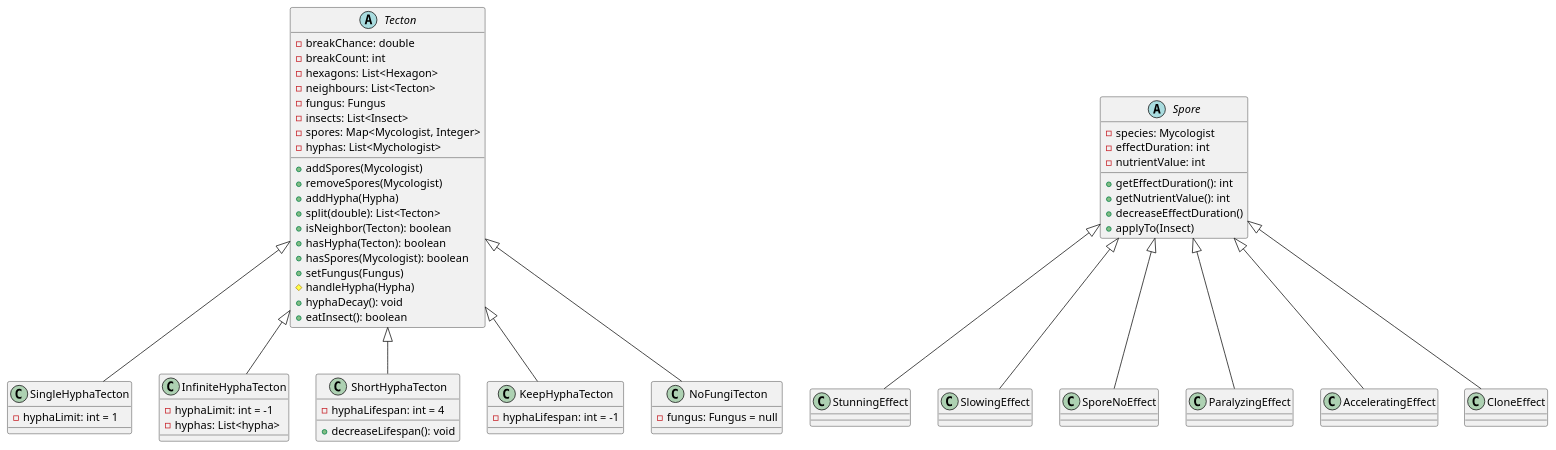
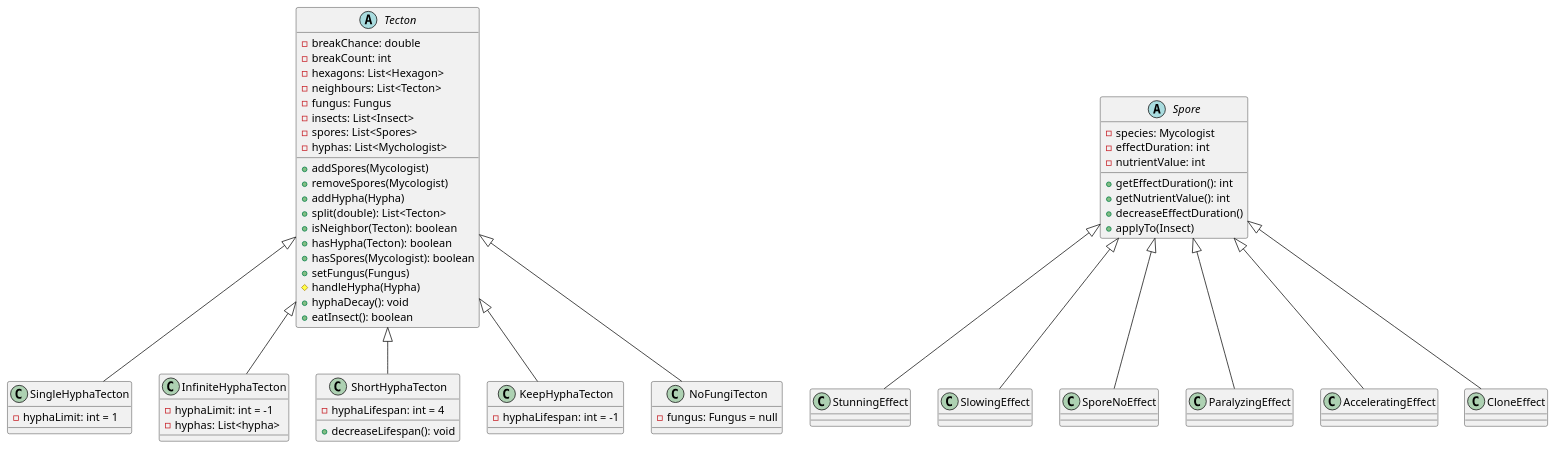
The diagram in docs/Class/derrived.puml (hujberhunor/SzomiSztegoProjlab), drawn with PlantUML before and after one commit. The commit also changed 3 other files, not shown here.

```diff
--- a/docs/Class/derrived.puml
+++ b/docs/Class/derrived.puml
@@ -1,61 +1,60 @@
 @startuml
 
 abstract class Tecton {
     - breakChance: double
     - breakCount: int
     - hexagons: List<Hexagon>
     - neighbours: List<Tecton>
     - fungus: Fungus
     - insects: List<Insect>
-    - spores: Map<Mycologist, Integer>
+    - spores: List<Spores>
     - hyphas: List<Mychologist>
     + addSpores(Mycologist)
     + removeSpores(Mycologist)
     + addHypha(Hypha)
     + split(double): List<Tecton>
     + isNeighbor(Tecton): boolean
     + hasHypha(Tecton): boolean
     + hasSpores(Mycologist): boolean
     + setFungus(Fungus)
     # handleHypha(Hypha)
     + hyphaDecay(): void
     + eatInsect(): boolean
 }
-
 class SingleHyphaTecton extends Tecton{
     - hyphaLimit: int = 1
 }
 class InfiniteHyphaTecton  extends Tecton{
     - hyphaLimit: int = -1
     - hyphas: List<hypha>
 }
 class ShortHyphaTecton  extends Tecton{
     - hyphaLifespan: int = 4
     + decreaseLifespan(): void 
 }
 class KeepHyphaTecton extends Tecton{ 
     - hyphaLifespan: int = -1
 }
 class NoFungiTecton extends Tecton{
     - fungus: Fungus = null
 }
 
 
 abstract class Spore {
     - species: Mycologist
     - effectDuration: int
     - nutrientValue: int
     + getEffectDuration(): int
     + getNutrientValue(): int
     + decreaseEffectDuration()
     + applyTo(Insect)
 }
 
 class StunningEffect extends Spore
 class SlowingEffect extends Spore
 class SporeNoEffect extends Spore
 class ParalyzingEffect extends Spore
 class AcceleratingEffect extends Spore
 class CloneEffect extends Spore
 
 @enduml
```
